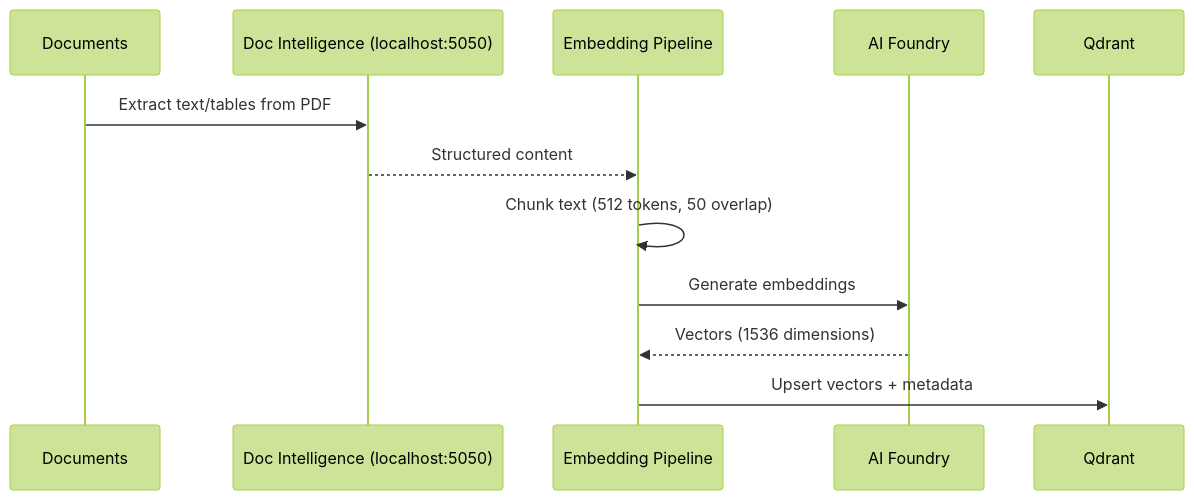
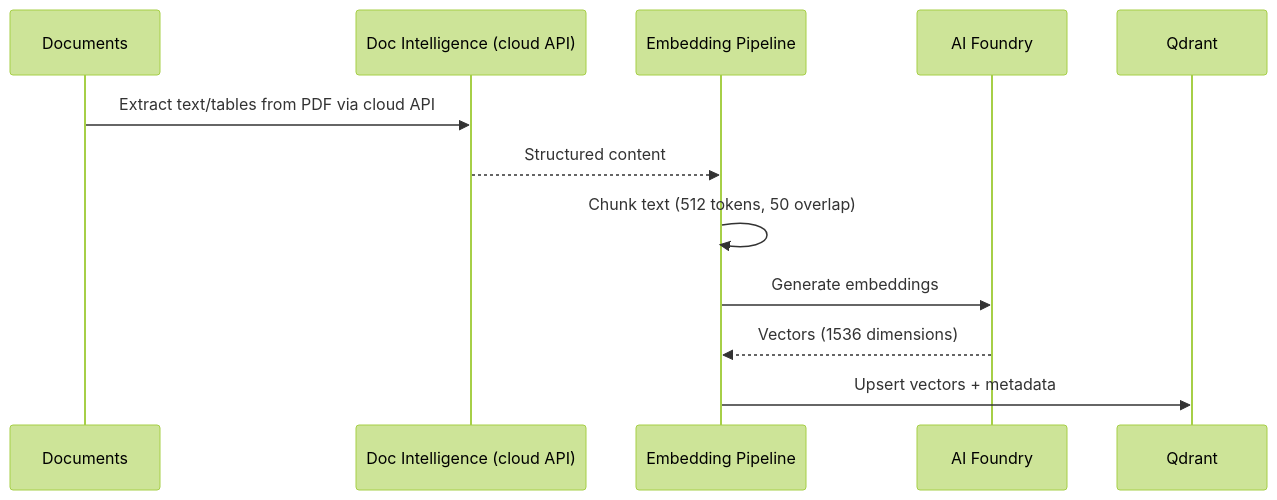
Before and after one commit to ibranibeny/Chatbot-AzureInfra: the second of 2 diagrams in docs/modules/02-architecture.md, drawn with Mermaid (forest theme). The commit also changed other lines of this file and 37 other files, not shown here.

First line of the commit message:
feat: switch Doc Intelligence to cloud service, complete deployment steps 7-10

````diff
--- a/docs/modules/02-architecture.md
+++ b/docs/modules/02-architecture.md
@@ -139,15 +138,15 @@
 ```mermaid
 sequenceDiagram
     participant DOC as Documents
-    participant DI as Doc Intelligence (localhost:5050)
+    participant DI as Doc Intelligence (cloud API)
     participant EMB as Embedding Pipeline
     participant AI as AI Foundry
     participant QD as Qdrant
 
-    DOC->>DI: Extract text/tables from PDF
+    DOC->>DI: Extract text/tables from PDF via cloud API
     DI-->>EMB: Structured content
     EMB->>EMB: Chunk text (512 tokens, 50 overlap)
     EMB->>AI: Generate embeddings
     AI-->>EMB: Vectors (1536 dimensions)
     EMB->>QD: Upsert vectors + metadata
 ```
````
